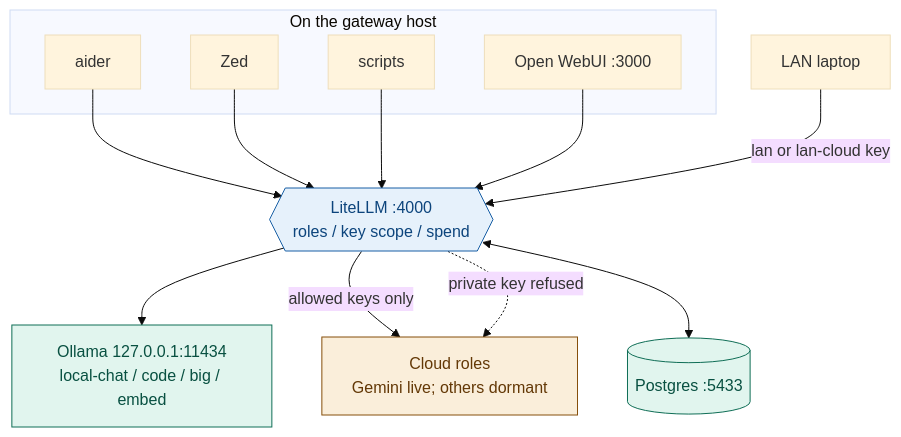
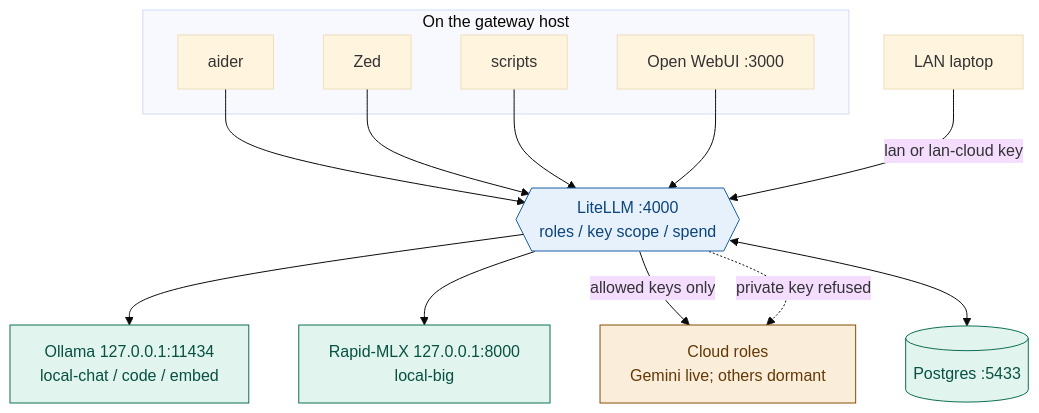
One commit to ouster/hearth changed the diagram in docs/ARCHITECTURE.md. Above: the diagram before and after it, drawn with Mermaid (base theme). The commit also changed other lines of this file and 15 other files, not shown here.

Commit message:
Route local-big through Rapid-MLX so Zed agent loops stop dying on Ollama tool-parse errors.

````diff
--- a/docs/ARCHITECTURE.md
+++ b/docs/ARCHITECTURE.md
@@ -8,36 +8,38 @@
 ```mermaid
 flowchart TB
     subgraph onHost["On the gateway host"]
         aider["aider"]
         zed["Zed"]
         scripts["scripts"]
         webui["Open WebUI :3000"]
     end
 
     laptop["LAN laptop"]
 
     gw{{"LiteLLM :4000<br/>roles / key scope / spend"}}
     pg[("Postgres :5433")]
 
-    ollama["Ollama 127.0.0.1:11434<br/>local-chat / code / big / embed"]
+    ollama["Ollama 127.0.0.1:11434<br/>local-chat / code / embed"]
+    mlx["Rapid-MLX 127.0.0.1:8000<br/>local-big"]
     cloud["Cloud roles<br/>Gemini live; others dormant"]
 
     aider --> gw
     zed --> gw
     scripts --> gw
     webui --> gw
     laptop -->|"lan or lan-cloud key"| gw
 
     gw --> ollama
+    gw --> mlx
     gw -->|"allowed keys only"| cloud
     gw -.->|"private key refused"| cloud
     gw <--> pg
 
     classDef localCls fill:#E1F5EE,stroke:#0F6E56,color:#085041
     classDef cloudCls fill:#FAEEDA,stroke:#854F0B,color:#633806
     classDef gwCls fill:#E6F1FB,stroke:#185FA5,color:#0C447C
 
-    class ollama,pg localCls
+    class ollama,pg,mlx localCls
     class cloud cloudCls
     class gw gwCls
 ```
````
